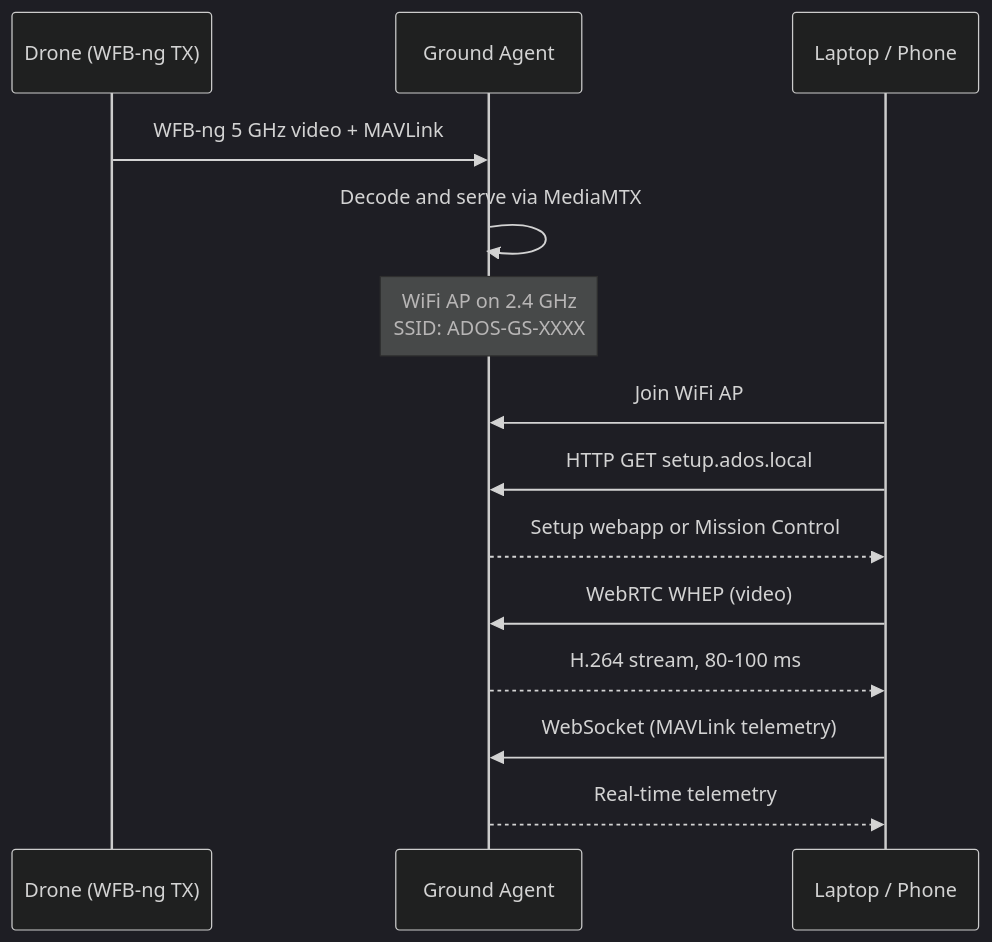
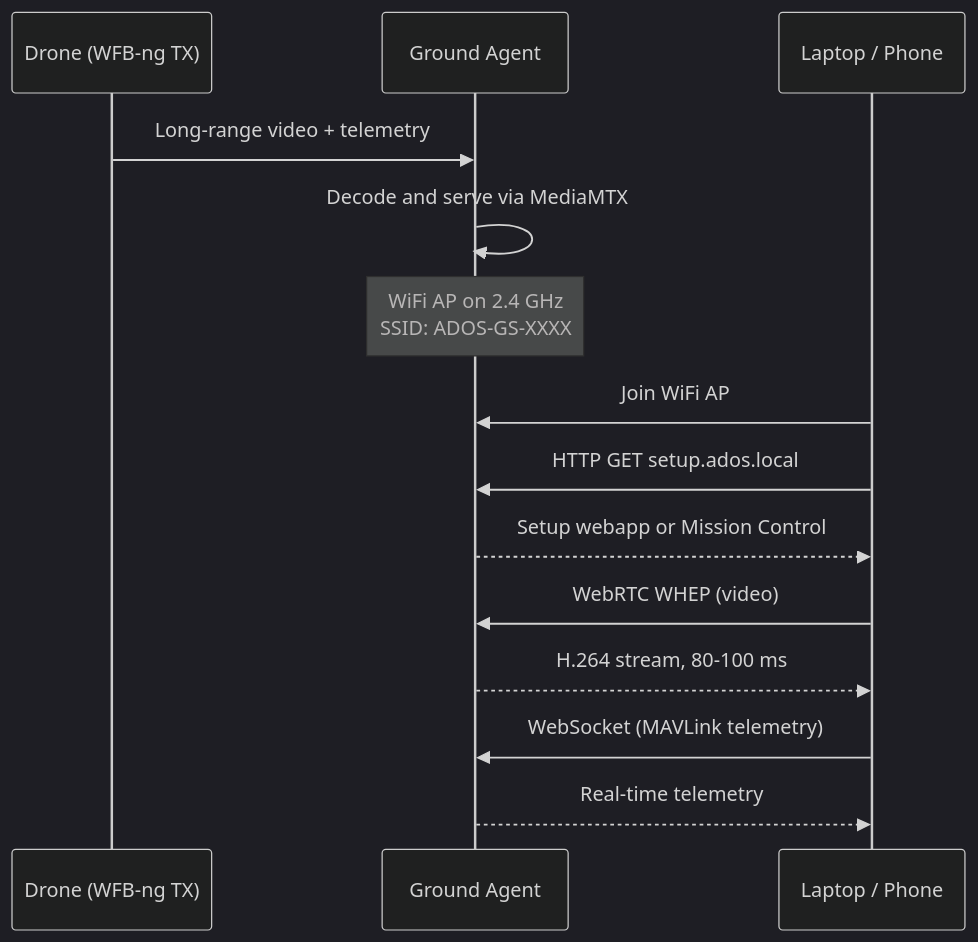
One commit to altnautica/Documentation changed the diagram in ground-agent/wifi-ap.mdx. Above: the diagram before and after it, drawn with Mermaid. The commit also changed other lines of this file and 11 other files, not shown here.

````diff
--- a/ground-agent/wifi-ap.mdx
+++ b/ground-agent/wifi-ap.mdx
@@ -13,18 +13,18 @@
 ```mermaid
 %%{init: {'theme': 'dark'}}%%
 sequenceDiagram
     participant Drone as Drone (WFB-ng TX)
     participant GS as Ground Agent
     participant Laptop as Laptop / Phone
 
-    Drone->>GS: WFB-ng 5 GHz video + MAVLink
+    Drone->>GS: Long-range video + telemetry
     GS->>GS: Decode and serve via MediaMTX
     Note over GS: WiFi AP on 2.4 GHz<br/>SSID: ADOS-GS-XXXX
     Laptop->>GS: Join WiFi AP
     Laptop->>GS: HTTP GET setup.ados.local
     GS-->>Laptop: Setup webapp or Mission Control
     Laptop->>GS: WebRTC WHEP (video)
     GS-->>Laptop: H.264 stream, 80-100 ms
     Laptop->>GS: WebSocket (MAVLink telemetry)
     GS-->>Laptop: Real-time telemetry
 ```
````
